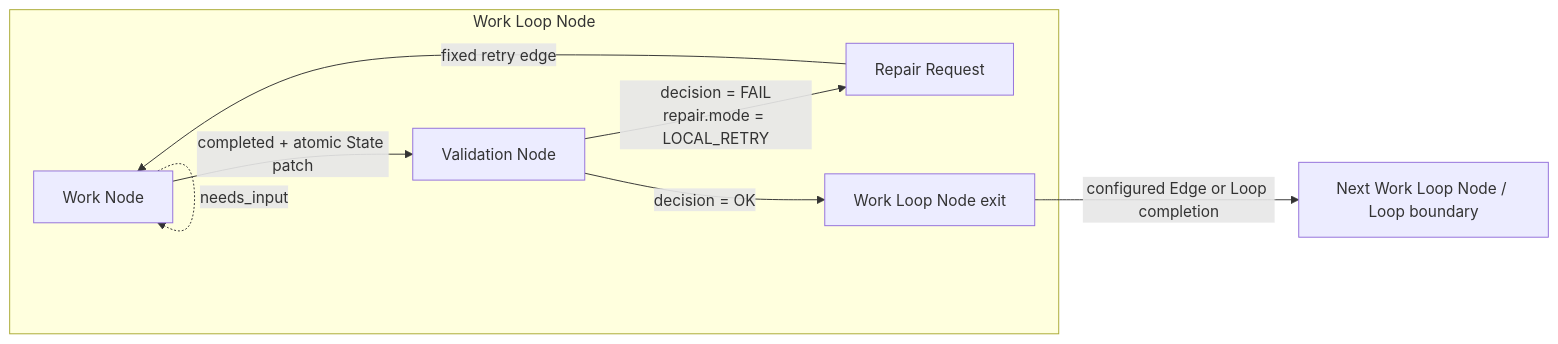
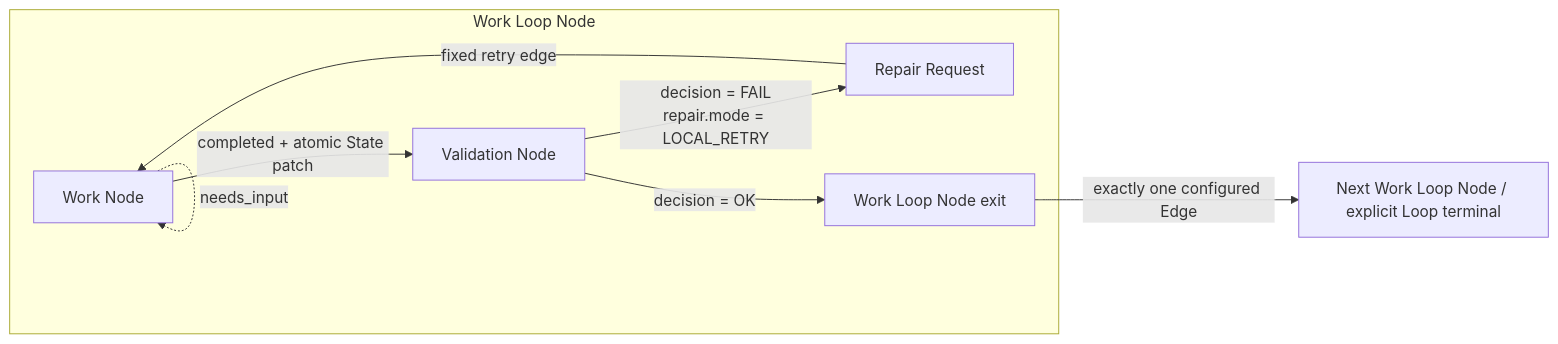
One commit to isinisalo/ballet changed the first of 3 diagrams in .ballet/adr/adr-015-work-loop-state-ja-loop-orchestrator.md. Above: the diagram before and after it, drawn with Mermaid. The commit also changed other lines of this file and 113 other files, not shown here.

````diff
--- a/.ballet/adr/adr-015-work-loop-state-ja-loop-orchestrator.md
+++ b/.ballet/adr/adr-015-work-loop-state-ja-loop-orchestrator.md
@@ -249,17 +249,17 @@
 ```mermaid
 flowchart LR
   subgraph WLN["Work Loop Node"]
     W["Work Node"]
     V["Validation Node"]
     R["Repair Request"]
     X["Work Loop Node exit"]
 
     W -->|"completed + atomic State patch"| V
     W -.->|"needs_input"| W
     V -->|"decision = OK"| X
     V -->|"decision = FAIL<br/>repair.mode = LOCAL_RETRY"| R
     R -->|"fixed retry edge"| W
   end
 
-  X -->|"configured Edge or Loop completion"| N["Next Work Loop Node / Loop boundary"]
+  X -->|"exactly one configured Edge"| N["Next Work Loop Node / explicit Loop terminal"]
 ```
````
